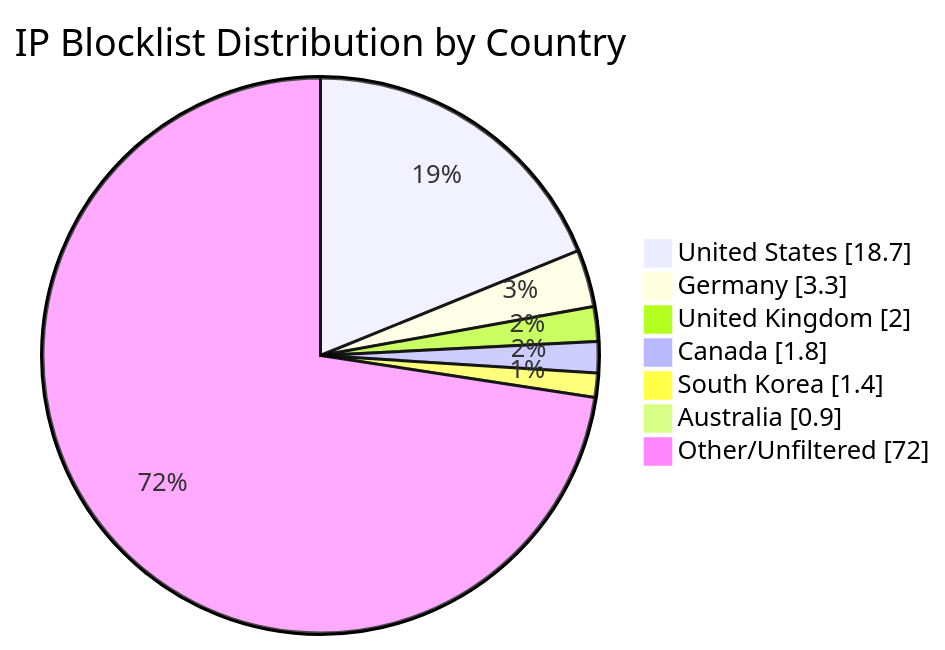
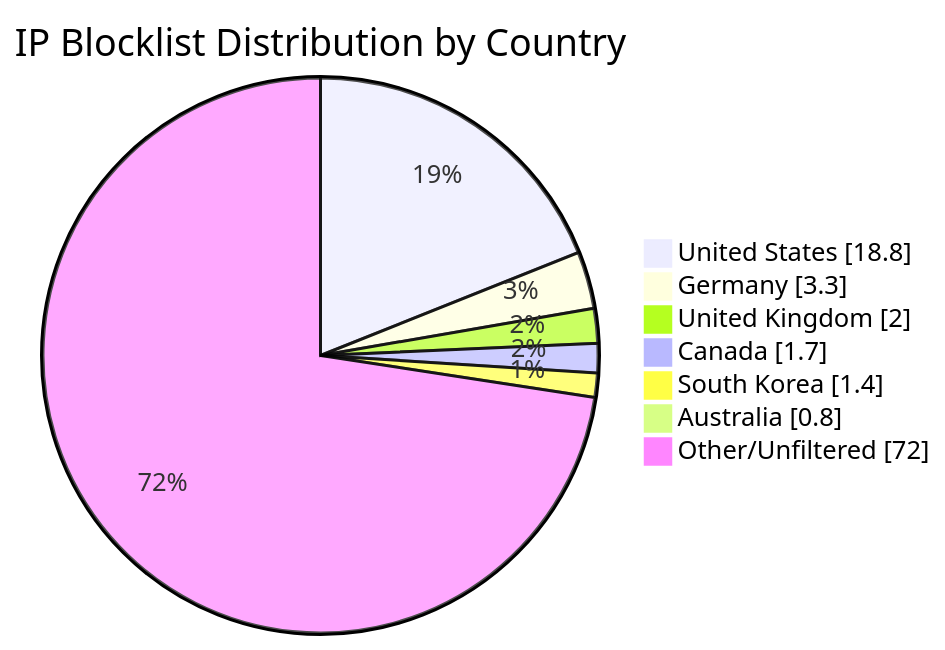
The diagram in README.md (MarcusHoltz/ipblocklist-geofiltered-aggregator), drawn with Mermaid before and after one commit. The commit also changed other lines of this file and 9 other files, not shown here.

````diff
--- a/README.md
+++ b/README.md
@@ -34,10 +34,10 @@
 ```mermaid
 pie showData title IP Blocklist Distribution by Country
-"United States" : 18.7
+"United States" : 18.8
 "Germany" : 3.3
 "United Kingdom" : 2.0
-"Canada" : 1.8
+"Canada" : 1.7
 "South Korea" : 1.4
-"Australia" : 0.9
+"Australia" : 0.8
 "Other/Unfiltered" : 72.0
 ```
````
